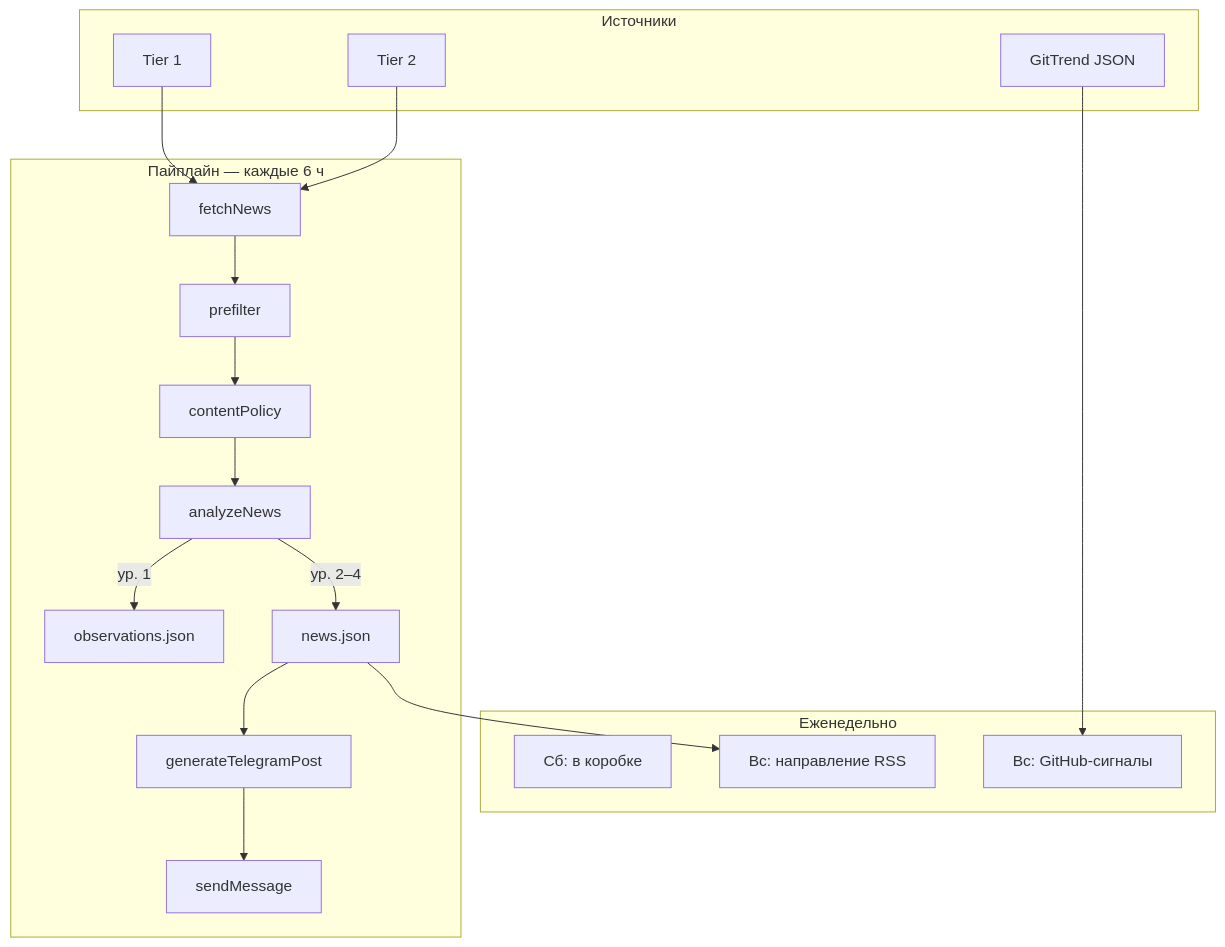
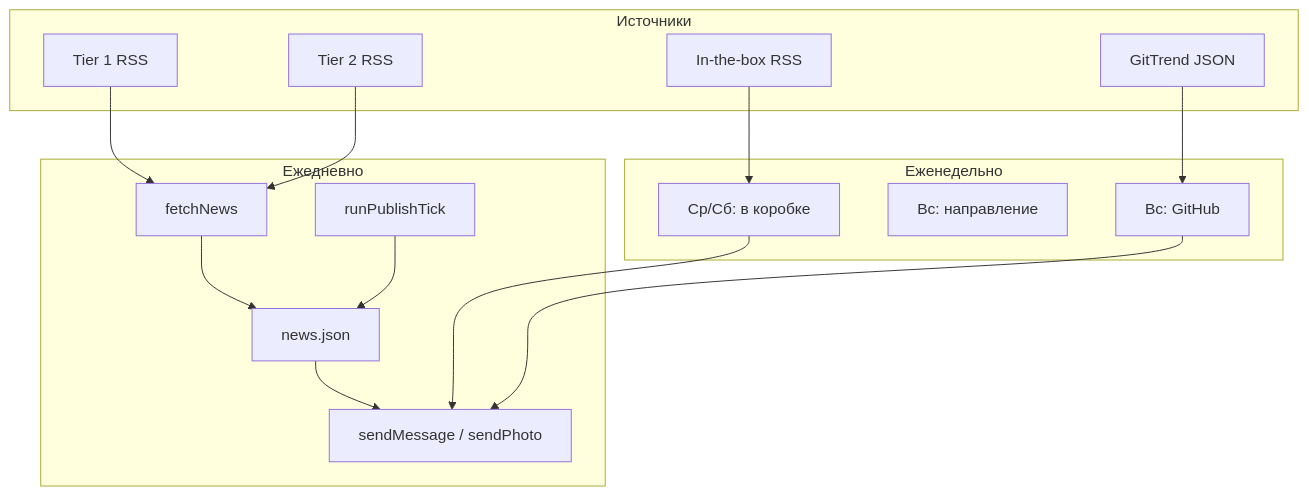
Before and after one commit to zobnin8-ux/radar: the second of 2 diagrams in docs/Радар будущего.md, drawn with Mermaid. The commit also changed other lines of this file and 51 other files, not shown here.

Commit message:
Add even-spread publishing, smart queue, Observer 2.0, and stricter in-the-box rubric.

````diff
--- a/docs/Радар будущего.md
+++ b/docs/Радар будущего.md
@@ -122,34 +179,29 @@
 ```mermaid
 flowchart TB
     subgraph sources [Источники]
-        RSS1[Tier 1]
-        RSS2[Tier 2]
+        RSS1[Tier 1 RSS]
+        RSS2[Tier 2 RSS]
+        BoxRSS[In-the-box RSS]
         GT[GitTrend JSON]
     end
 
-    subgraph pipeline [Пайплайн — каждые 6 ч]
+    subgraph daily [Ежедневно]
         Fetch[fetchNews]
-        Pre[prefilter]
-        Policy[contentPolicy]
-        AI1[analyzeNews]
-        Obs[observations.json]
         Queue[news.json]
-        AI2[generateTelegramPost]
-        Send[sendMessage]
+        PubTick[runPublishTick]
+        Send[sendMessage / sendPhoto]
     end
 
     subgraph weekly [Еженедельно]
-        Box[Сб: в коробке]
-        Trends[Вс: направление RSS]
-        GitHub[Вс: GitHub-сигналы]
+        Box[Ср/Сб: в коробке]
+        Trends[Вс: направление]
+        GitHub[Вс: GitHub]
     end
 
     RSS1 --> Fetch
     RSS2 --> Fetch
-    Fetch --> Pre --> Policy --> AI1
-    AI1 -->|ур. 1| Obs
-    AI1 -->|ур. 2–4| Queue
-    Queue --> AI2 --> Send
-    GT --> GitHub
-    Queue --> Trends
+    Fetch --> Queue
+    PubTick --> Queue --> Send
+    BoxRSS --> Box --> Send
+    GT --> GitHub --> Send
 ```
````
